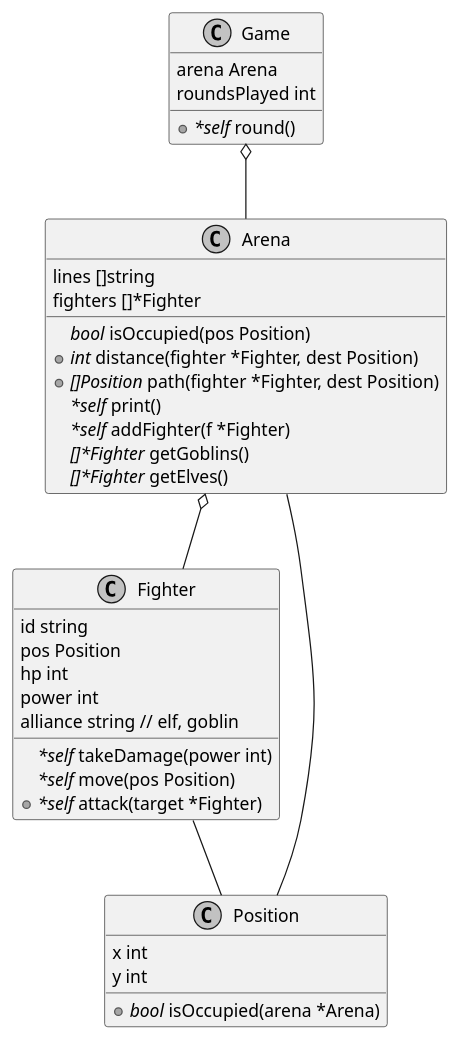
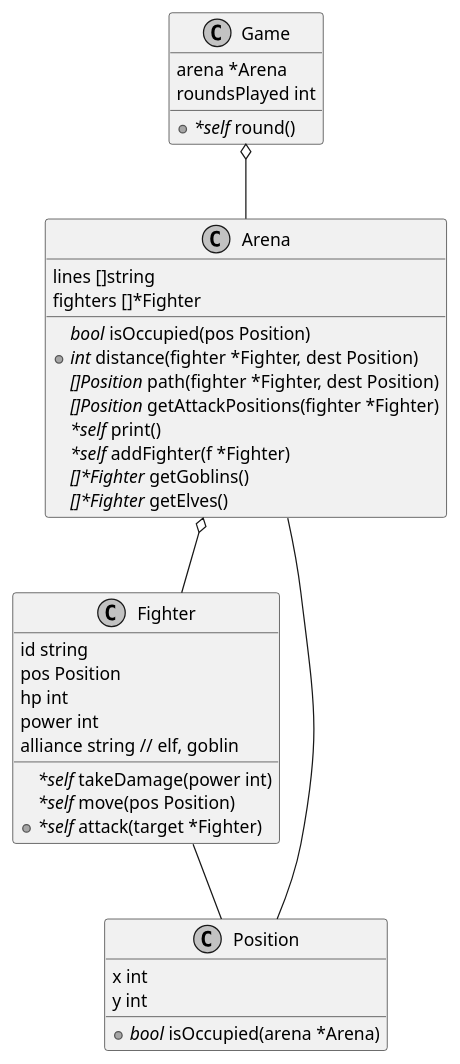
Before and after one commit to rdmueller/aoc-2018: the diagram in day15/go/anoff/README.adoc, drawn with PlantUML. The commit also changed 4 other files, not shown here.

Commit message:
:star2: feat: fix Arena.path

```diff
--- a/day15/go/anoff/README.adoc
+++ b/day15/go/anoff/README.adoc
@@ -10,47 +10,48 @@
 [plantuml, day15-class, png]
 ....
 @startuml
 skinparam defaulttextalignment center
 skinparam monochrome true
 skinparam shadowing false
 class Arena {
   lines []string
   fighters []*Fighter
   //bool// isOccupied(pos Position)
   +//int// distance(fighter *Fighter, dest Position)
-  +//[]Position// path(fighter *Fighter, dest Position)
+  //[]Position// path(fighter *Fighter, dest Position)
+  //[]Position// getAttackPositions(fighter *Fighter)
   //*self// print()
   //*self// addFighter(f *Fighter)
   //[]*Fighter// getGoblins()
   //[]*Fighter// getElves()
 }
 
 class Fighter {
 	id string
 	pos Position
 	hp int
 	power int
   alliance string // elf, goblin
   //*self// takeDamage(power int)
   //*self// move(pos Position)
   +//*self// attack(target *Fighter)
 }
 
 class Position {
   x int
   y int
   +//bool// isOccupied(arena *Arena)
 }
 
 class Game {
-  arena Arena
+  arena *Arena
   roundsPlayed int
   +//*self// round()
 }
 
 Game o-- Arena
 Arena o-- Fighter
 Fighter -- Position
 Arena -- Position
 @enduml
 ....
```
